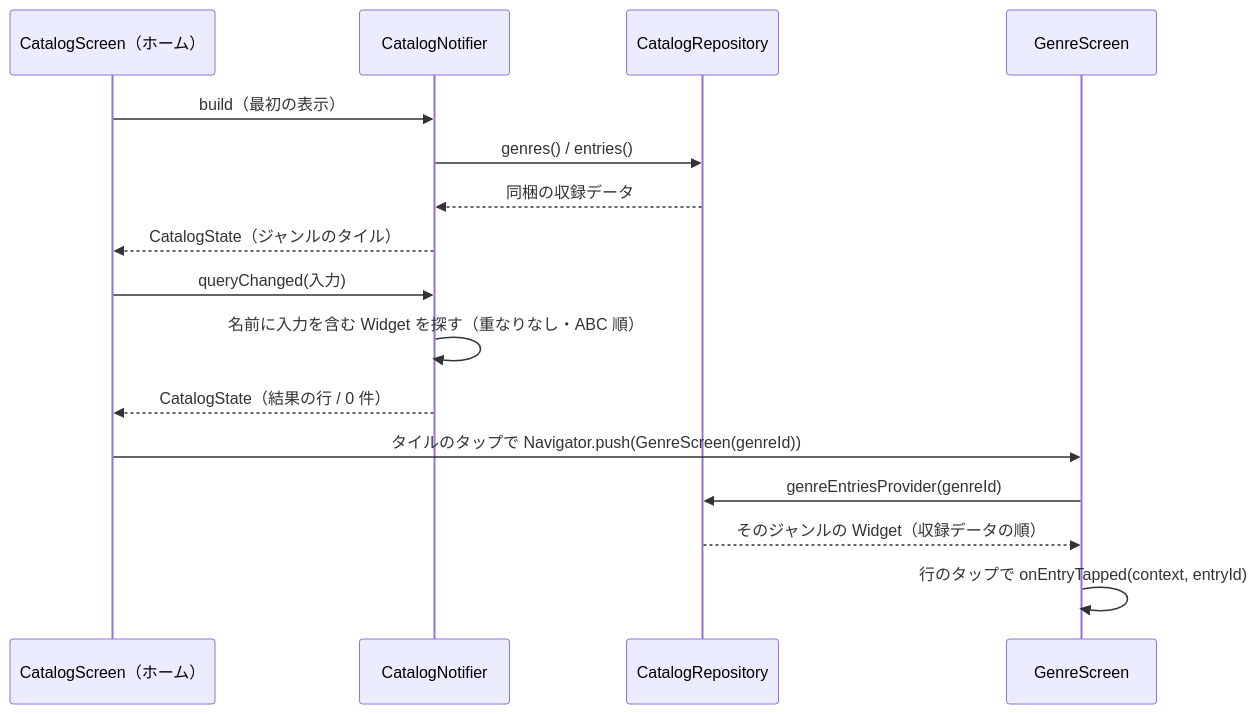
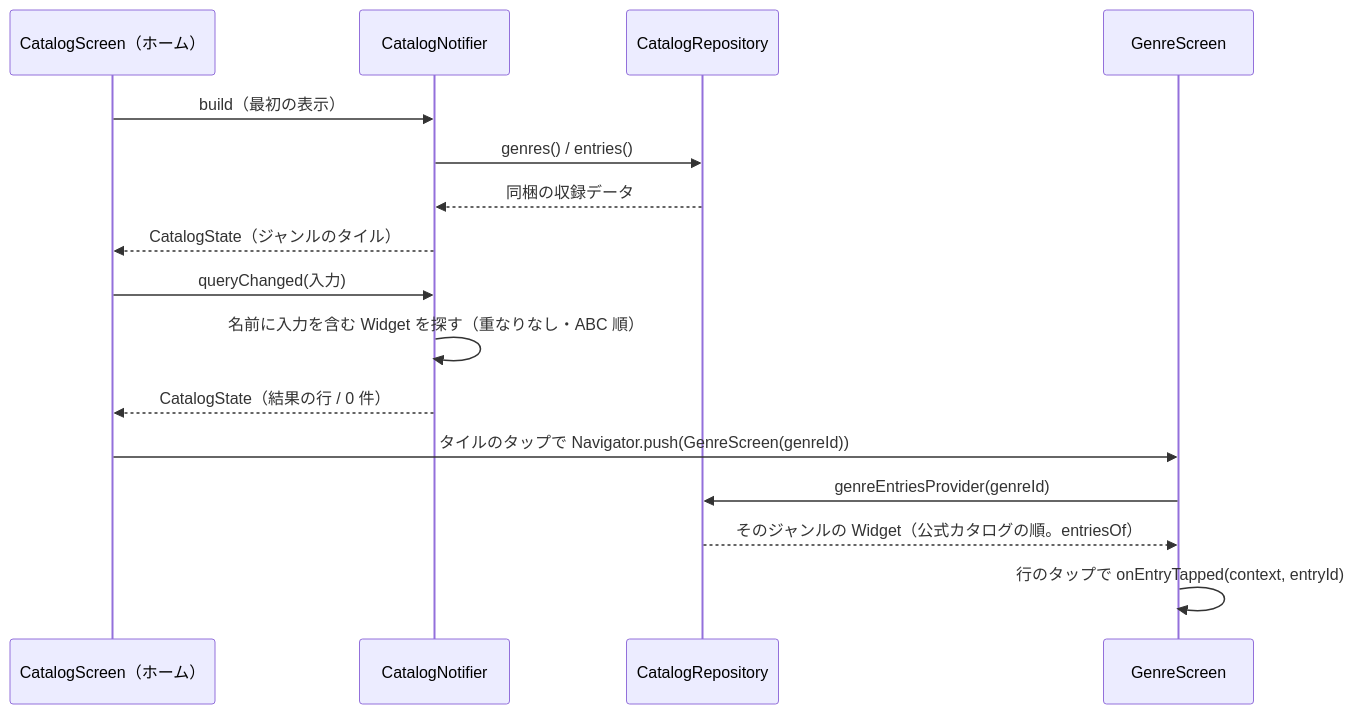
The second of 6 diagrams in docs/design/functions/demo-engine.md (masa-futa/widget-lab), drawn with Mermaid before and after one commit. The commit also changed other lines of this file, not shown here.

````diff
--- a/docs/design/functions/demo-engine.md
+++ b/docs/design/functions/demo-engine.md
@@ -124,18 +124,18 @@
 ```mermaid
 sequenceDiagram
     participant V as CatalogScreen（ホーム）
     participant N as CatalogNotifier
     participant R as CatalogRepository
     participant G as GenreScreen
     V->>N: build（最初の表示）
     N->>R: genres() / entries()
     R-->>N: 同梱の収録データ
     N-->>V: CatalogState（ジャンルのタイル）
     V->>N: queryChanged(入力)
     N->>N: 名前に入力を含む Widget を探す（重なりなし・ABC 順）
     N-->>V: CatalogState（結果の行 / 0 件）
     V->>G: タイルのタップで Navigator.push(GenreScreen(genreId))
     G->>R: genreEntriesProvider(genreId)
-    R-->>G: そのジャンルの Widget（収録データの順）
+    R-->>G: そのジャンルの Widget（公式カタログの順。entriesOf）
     G->>G: 行のタップで onEntryTapped(context, entryId)
 ```
````
